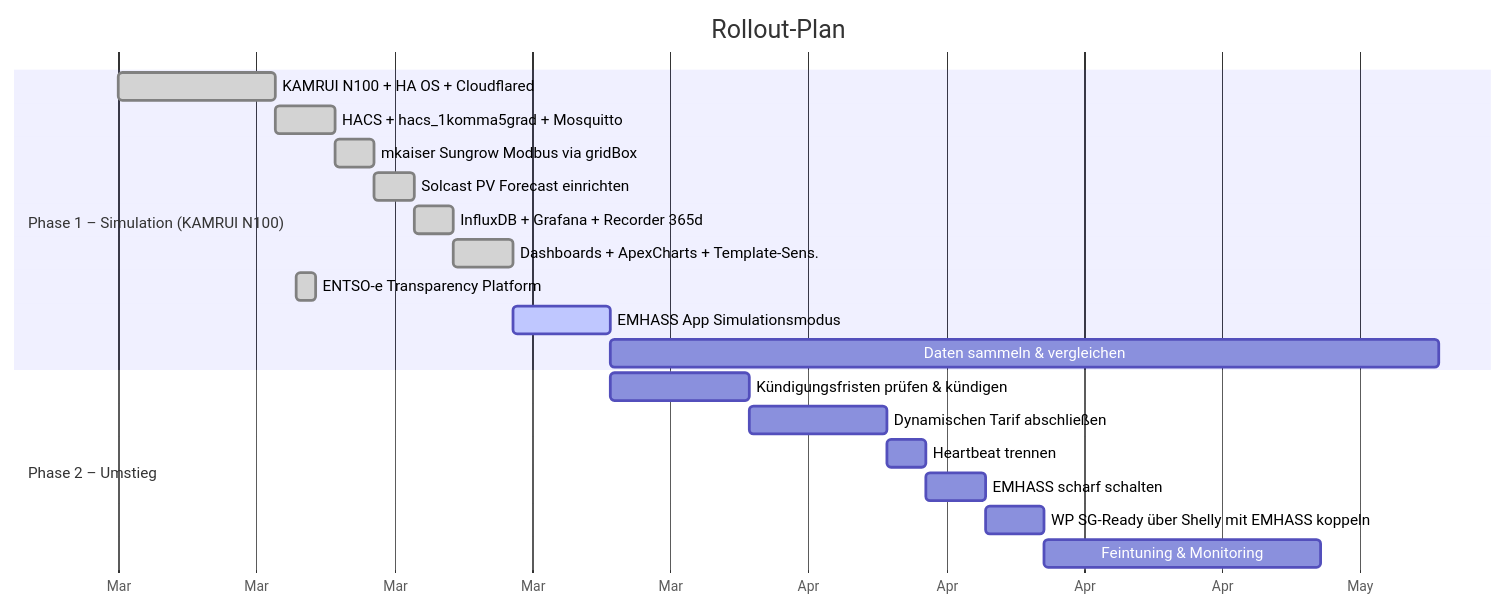
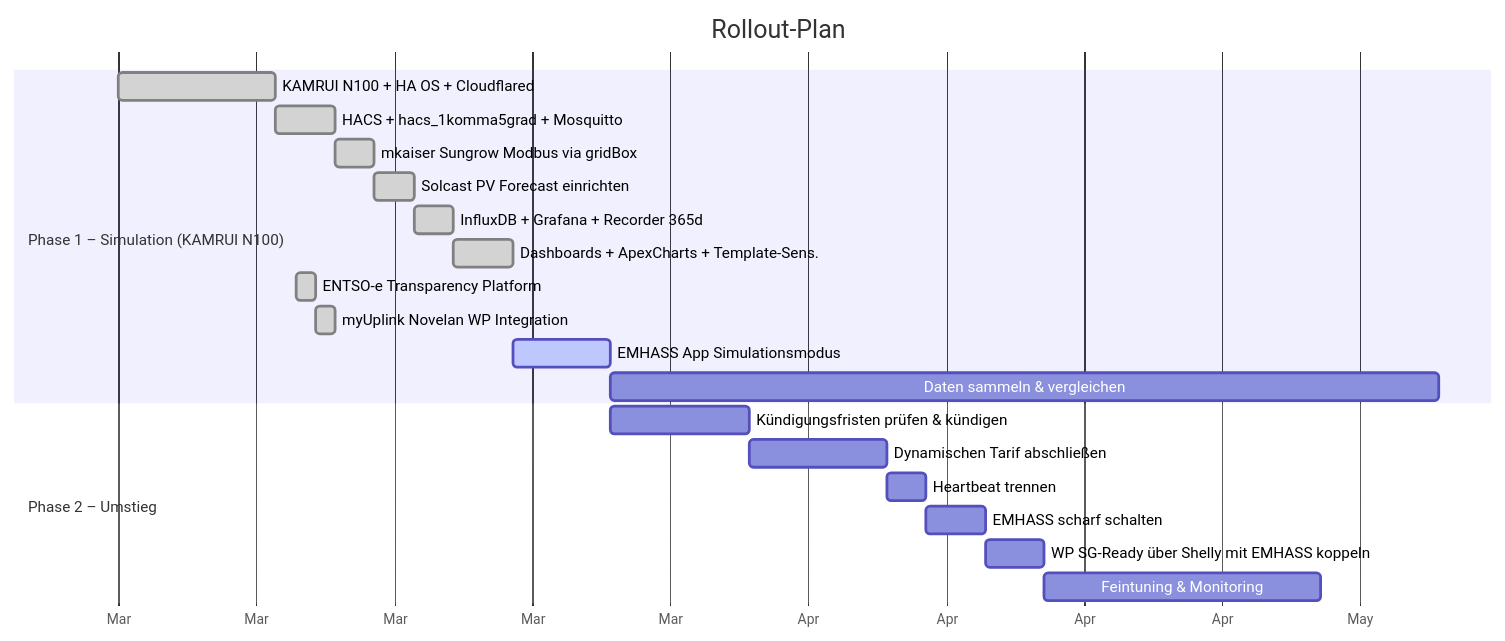
The third of 3 diagrams in docs/architektur.md (schowave/energy-management), drawn with Mermaid before and after one commit. The commit also changed other lines of this file and 6 other files, not shown here.

````diff
--- a/docs/architektur.md
+++ b/docs/architektur.md
@@ -157,25 +166,26 @@
 ```mermaid
 gantt
     title Rollout-Plan
     dateFormat YYYY-MM-DD
     axisFormat %b
 
     section Phase 1 – Simulation (KAMRUI N100)
     KAMRUI N100 + HA OS + Cloudflared       :done, p1hw, 2026-03-01, 8d
     HACS + hacs_1komma5grad + Mosquitto     :done, p1hacs, after p1hw, 3d
     mkaiser Sungrow Modbus via gridBox      :done, p1mod, after p1hacs, 2d
     Solcast PV Forecast einrichten          :done, p1b, after p1mod, 2d
     InfluxDB + Grafana + Recorder 365d      :done, p1d, after p1b, 2d
     Dashboards + ApexCharts + Template-Sens.:done, p1e, after p1d, 3d
     ENTSO-e Transparency Platform            :done, p1a, 2026-03-10, 1d
+    myUplink Novelan WP Integration         :done, p1mu, 2026-03-11, 1d
     EMHASS App Simulationsmodus             :active, p1f, after p1e, 5d
     Daten sammeln & vergleichen             :p1g, after p1f, 42d
 
     section Phase 2 – Umstieg
     Kündigungsfristen prüfen & kündigen     :p2a, after p1f, 7d
     Dynamischen Tarif abschließen           :p2b, after p2a, 7d
     Heartbeat trennen                       :p2c, after p2b, 2d
     EMHASS scharf schalten                  :p2e, after p2c, 3d
     WP SG-Ready über Shelly mit EMHASS koppeln :p2f, after p2e, 3d
     Feintuning & Monitoring                 :p2g, after p2f, 14d
 ```
````
